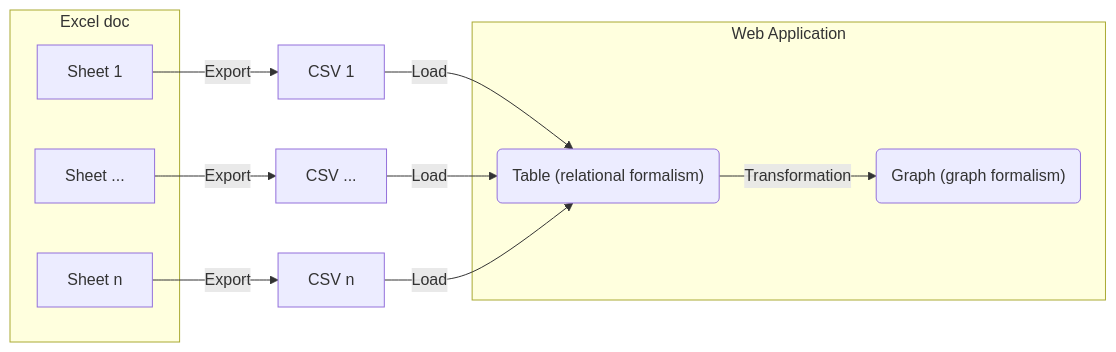
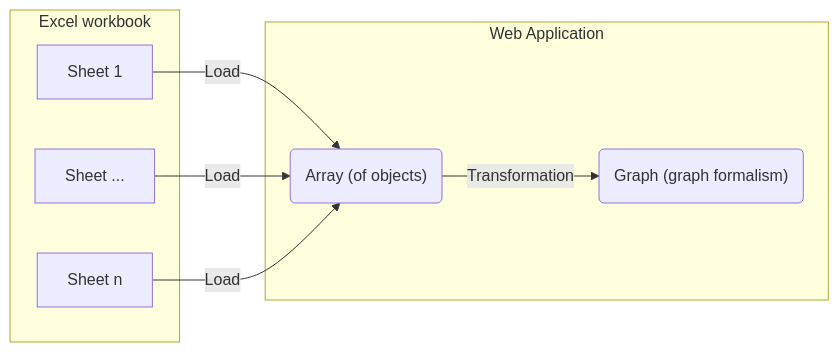
The diagram in data-visualization/docs/graph-test-1.md (VCityTeam/PEPR-VDBI), drawn with Mermaid before and after one commit. The commit also changed other lines of this file and 11 other files, not shown here.

````diff
--- a/data-visualization/docs/graph-test-1.md
+++ b/data-visualization/docs/graph-test-1.md
@@ -16,19 +14,16 @@
 ```mermaid
 flowchart LR
-    subgraph Excel doc
-    AA[Sheet 1]
-    AB[Sheet ...]
-    AC[Sheet n]
+    subgraph Excel workbook
+        AA[Sheet 1]
+        AB[Sheet ...]
+        AC[Sheet n]
     end
-    AA -->|Export| BA[CSV 1]
-    AB -->|Export| BB[CSV ...]
-    AC -->|Export| BC[CSV n]
+    AA -->|Load| C
+    AB -->|Load| C
+    AC -->|Load| C
     subgraph Web Application
-    C("Table (relational formalism)")
-    D("Graph (graph formalism)")
-    C -->|Transformation| D
+        C("Array (of objects)")
+        D("Graph (graph formalism)")
+        C -->|Transformation| D
     end
-    BA -->|Load| C
-    BB -->|Load| C
-    BC -->|Load| C
 ```
````
